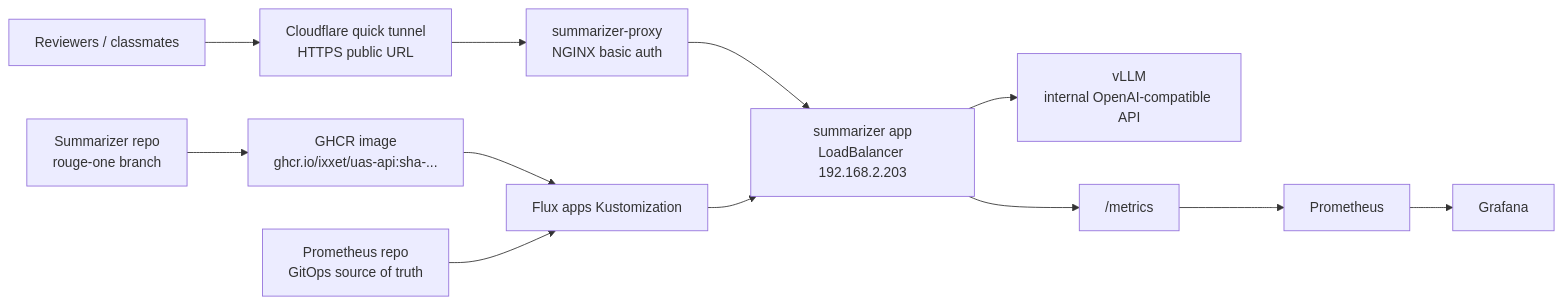
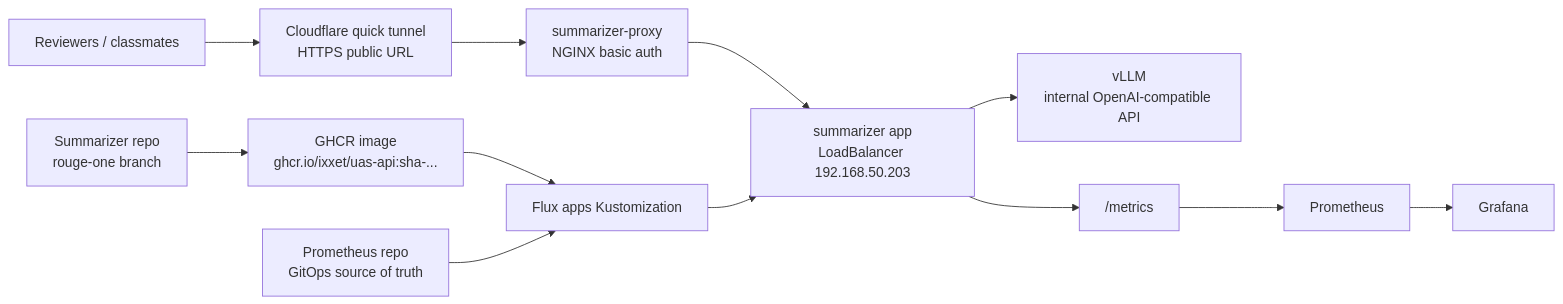
Before and after one commit to ixxet/Prometheus: the diagram in docs/runbooks/summarizer-validation.md, drawn with Mermaid. The commit also changed other lines of this file and 18 other files, not shown here.

````diff
--- a/docs/runbooks/summarizer-validation.md
+++ b/docs/runbooks/summarizer-validation.md
@@ -13,14 +13,14 @@
 ```mermaid
 flowchart LR
   users["Reviewers / classmates"] --> tunnel["Cloudflare quick tunnel\nHTTPS public URL"]
   tunnel --> proxy["summarizer-proxy\nNGINX basic auth"]
-  proxy --> app["summarizer app\nLoadBalancer 192.168.2.203"]
+  proxy --> app["summarizer app\nLoadBalancer 192.168.50.203"]
   app --> vllm["vLLM\ninternal OpenAI-compatible API"]
   app --> metrics["/metrics"]
   metrics --> prom["Prometheus"]
   prom --> grafana["Grafana"]
   apprepo["Summarizer repo\nrouge-one branch"] --> ghcr["GHCR image\nghcr.io/ixxet/uas-api:sha-..."]
   ghcr --> flux["Flux apps Kustomization"]
   infrarepo["Prometheus repo\nGitOps source of truth"] --> flux
   flux --> app
 ```
````
